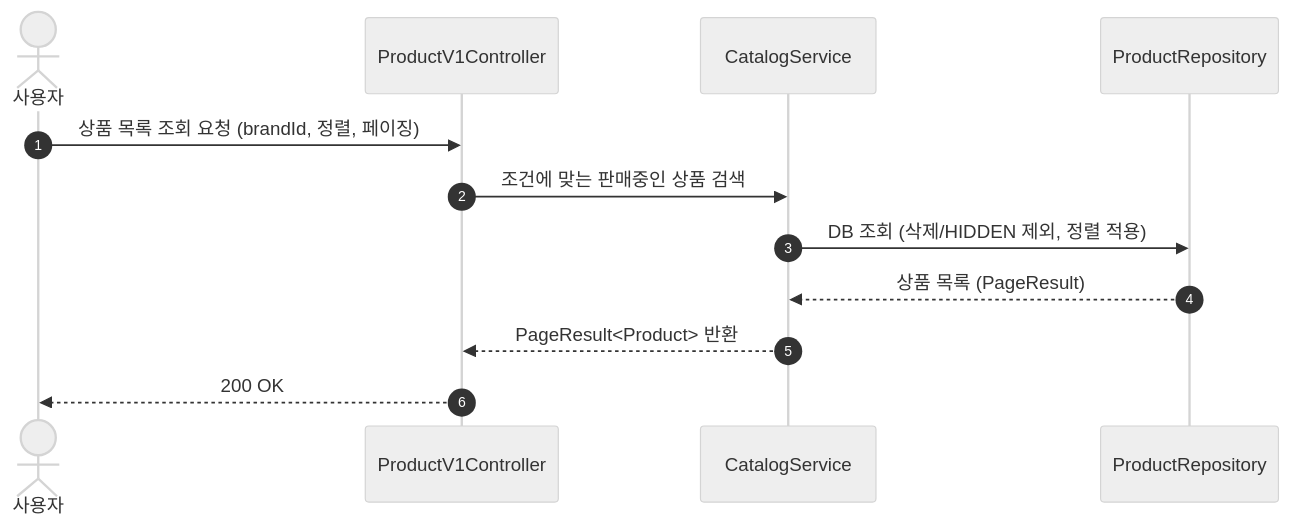
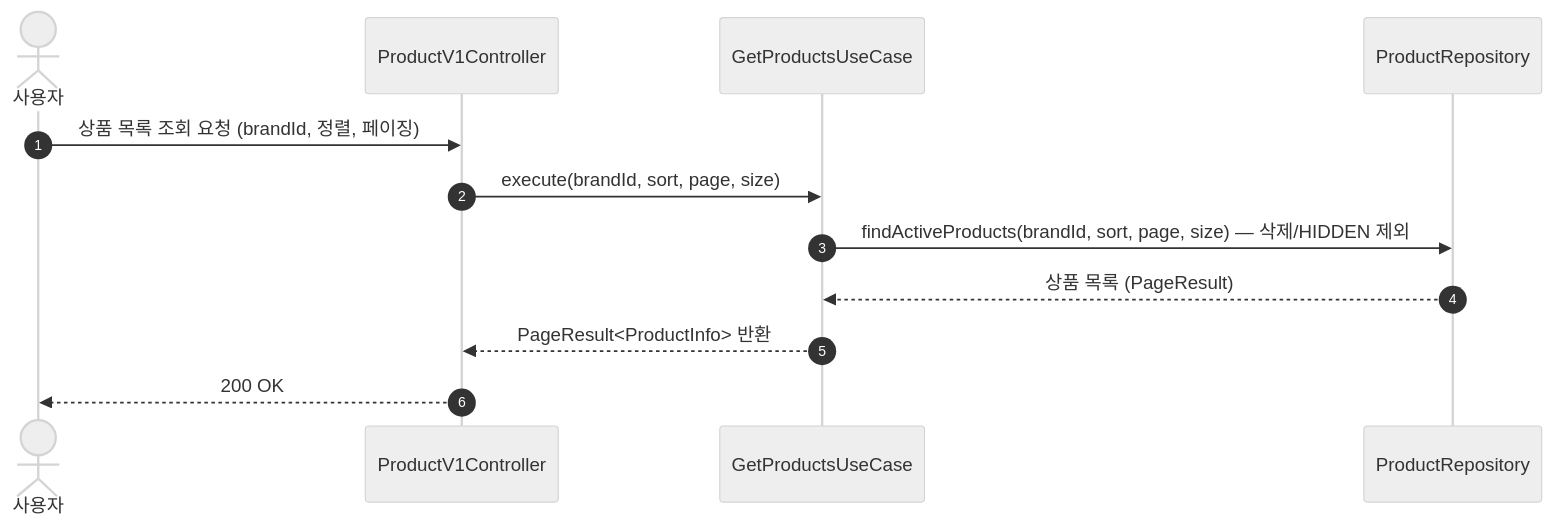
One commit to Loopers-dev-lab/loop-pack-be-l2-vol3-kotlin changed the second of 26 diagrams in docs/design/02-sequence-diagrams.md. Above: the diagram before and after it, drawn with Mermaid (neutral theme). The commit also changed other lines of this file and 6 other files, not shown here.

First line of the commit message:
docs: 설계 문서 최신화 — Facade/Service → UseCase 패턴 반영

````diff
--- a/docs/design/02-sequence-diagrams.md
+++ b/docs/design/02-sequence-diagrams.md
@@ -48,14 +48,14 @@
 ```mermaid
 sequenceDiagram
     autonumber
     actor User as 사용자
     participant C as ProductV1Controller
-    participant S as CatalogService
+    participant UC as GetProductsUseCase
     participant R as ProductRepository
     User ->> C: 상품 목록 조회 요청 (brandId, 정렬, 페이징)
-    C ->> S: 조건에 맞는 판매중인 상품 검색
-    S ->> R: DB 조회 (삭제/HIDDEN 제외, 정렬 적용)
-    R -->> S: 상품 목록 (PageResult)
-    S -->> C: PageResult<Product> 반환
+    C ->> UC: execute(brandId, sort, page, size)
+    UC ->> R: findActiveProducts(brandId, sort, page, size) — 삭제/HIDDEN 제외
+    R -->> UC: 상품 목록 (PageResult)
+    UC -->> C: PageResult<ProductInfo> 반환
     C -->> User: 200 OK
 ```
````
